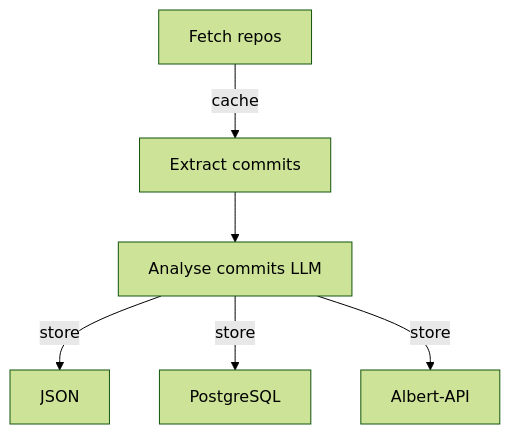
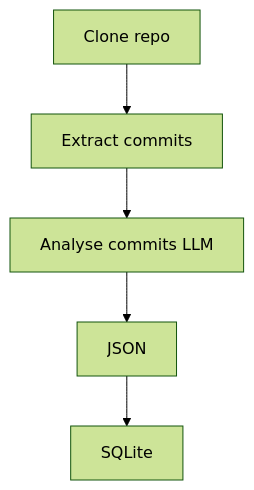
The diagram in README.md (betagouv/commits), drawn with Mermaid (forest theme) before and after one commit. The commit also changed other lines of this file and 8 other files, not shown here.

Commit message:
focus single repo + sqlite + report

````diff
--- a/README.md
+++ b/README.md
@@ -7,10 +7,8 @@
 ```mermaid
 graph TD
 
-Fetch[Fetch repos]-->|cache|Commits[Extract commits]
+Clone[Clone repo]-->Commits[Extract commits]
 Commits-->Analyse[Analyse commits LLM]
-Analyse-->|store|JSON
-Analyse-->|store|PostgreSQL
-Analyse-->|store|Albert-API
-
+Analyse-->JSON
+JSON-->SQLite
 ```
````
